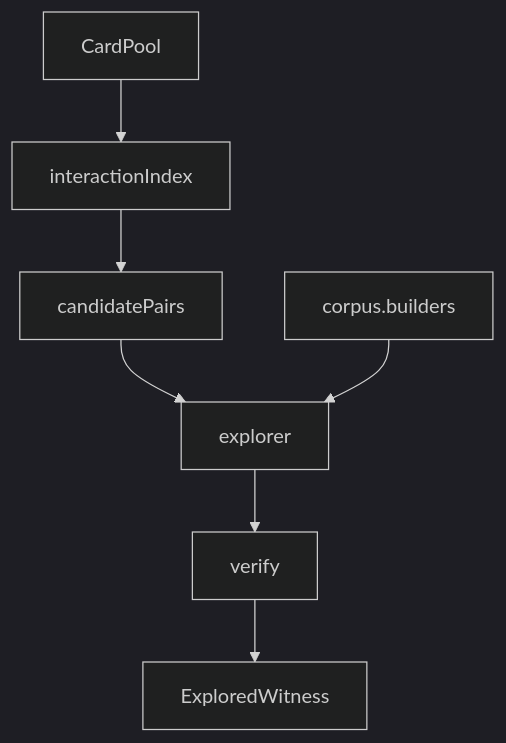
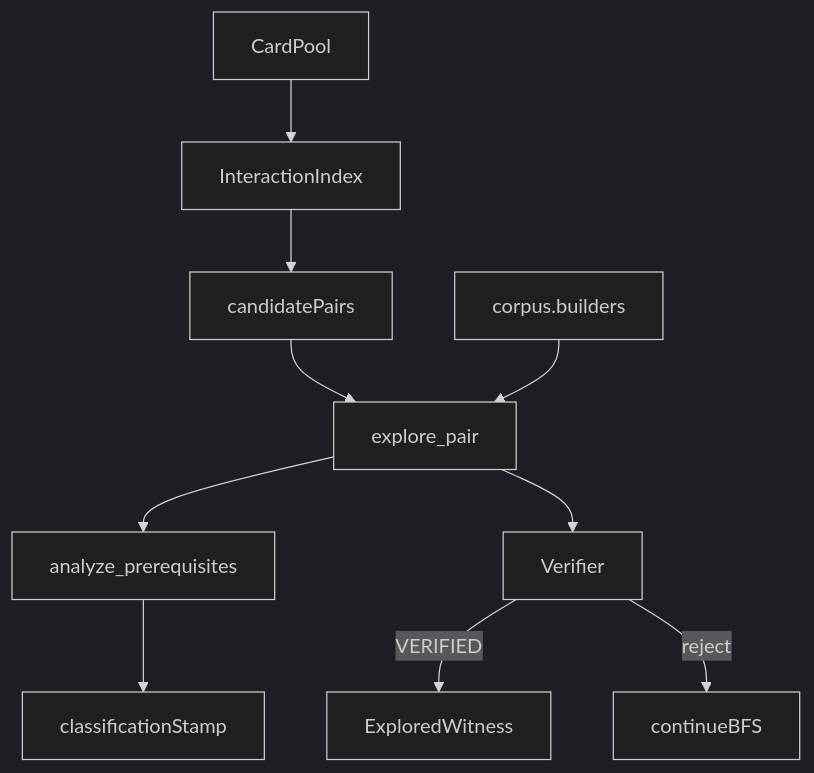
One commit to witzbeck/mtg-loop-engine changed the diagram in src/mtg_loop_engine/search/README.md. Above: the diagram before and after it, drawn with Mermaid (dark theme). The commit also changed other lines of this file and 65 other files, not shown here.

````diff
--- a/src/mtg_loop_engine/search/README.md
+++ b/src/mtg_loop_engine/search/README.md
@@ -9,9 +15,12 @@
 ```mermaid
 graph TB;
-  pool[CardPool] --> index[interactionIndex];
+  pool[CardPool] --> index[InteractionIndex];
   index --> pairs[candidatePairs];
-  pairs --> explorer[explorer];
+  pairs --> explorer[explore_pair];
   builders[corpus.builders] --> explorer;
-  explorer --> verifier[verify];
-  verifier --> hit[ExploredWitness];
+  explorer --> classify[analyze_prerequisites];
+  classify --> stamp[classificationStamp];
+  explorer --> verifier[Verifier];
+  verifier -->|VERIFIED| hit[ExploredWitness];
+  verifier -->|reject| continueBFS[continueBFS];
 ```
````
